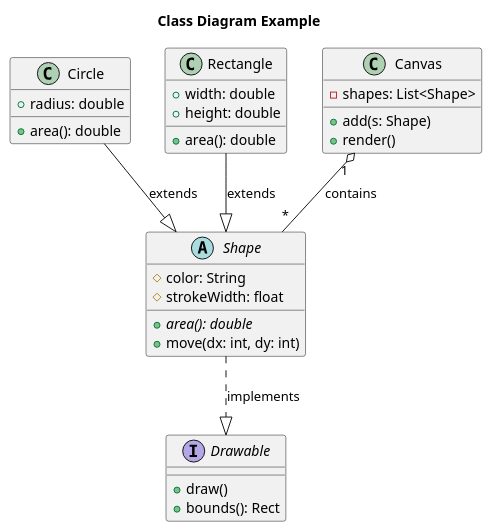
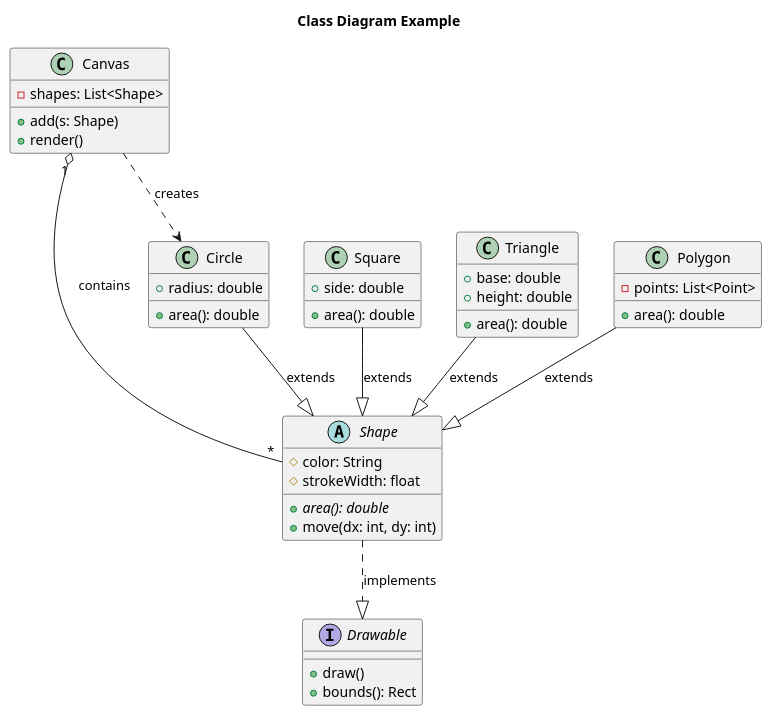
One commit to grahambrooks/puml changed the diagram in examples/class.puml. Above: the diagram before and after it, drawn with PlantUML. The commit also changed 84 other files, not shown here.

Commit message:
Add C4 model support and enhance diagram rendering capabilities

```diff
--- a/examples/class.puml
+++ b/examples/class.puml
@@ -1,37 +1,50 @@
 @startuml
 title Class Diagram Example
 
 interface Drawable {
   +draw()
   +bounds(): Rect
 }
 
 abstract class Shape {
   #color: String
   #strokeWidth: float
   +{abstract} area(): double
   +move(dx: int, dy: int)
 }
 
 class Circle {
   +radius: double
   +area(): double
 }
 
-class Rectangle {
-  +width: double
+class Square {
+  +side: double
+  +area(): double
+}
+
+class Triangle {
+  +base: double
   +height: double
+  +area(): double
+}
+
+class Polygon {
+  -points: List<Point>
   +area(): double
 }
 
 class Canvas {
   -shapes: List<Shape>
   +add(s: Shape)
   +render()
 }
 
 Shape ..|> Drawable : implements
 Circle --|> Shape : extends
-Rectangle --|> Shape : extends
+Square --|> Shape : extends
+Triangle --|> Shape : extends
+Polygon --|> Shape : extends
 Canvas "1" o-- "*" Shape : contains
+Canvas ..> Circle : creates
 @enduml
```
